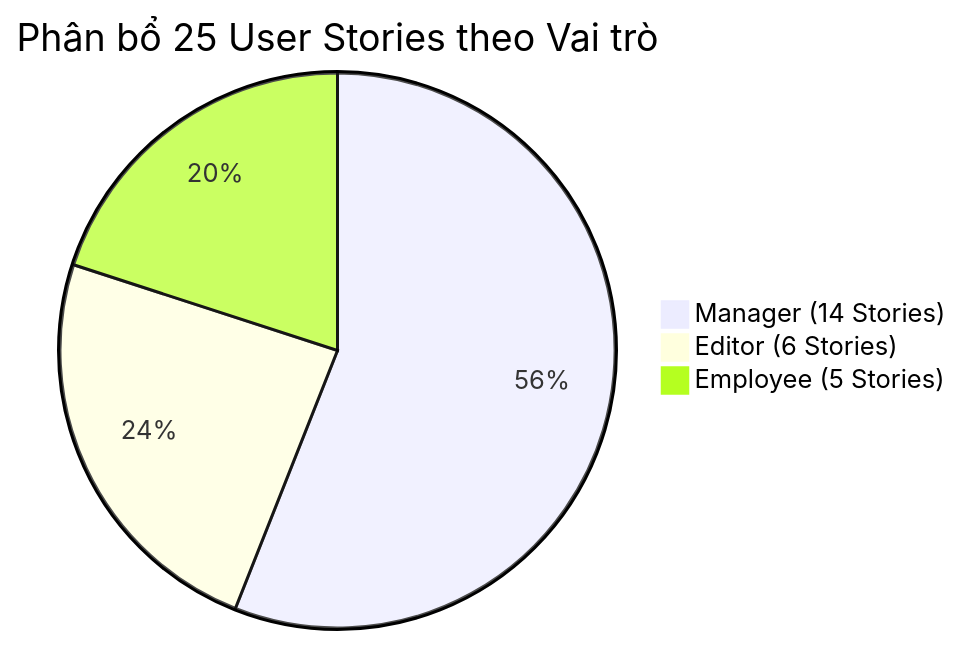
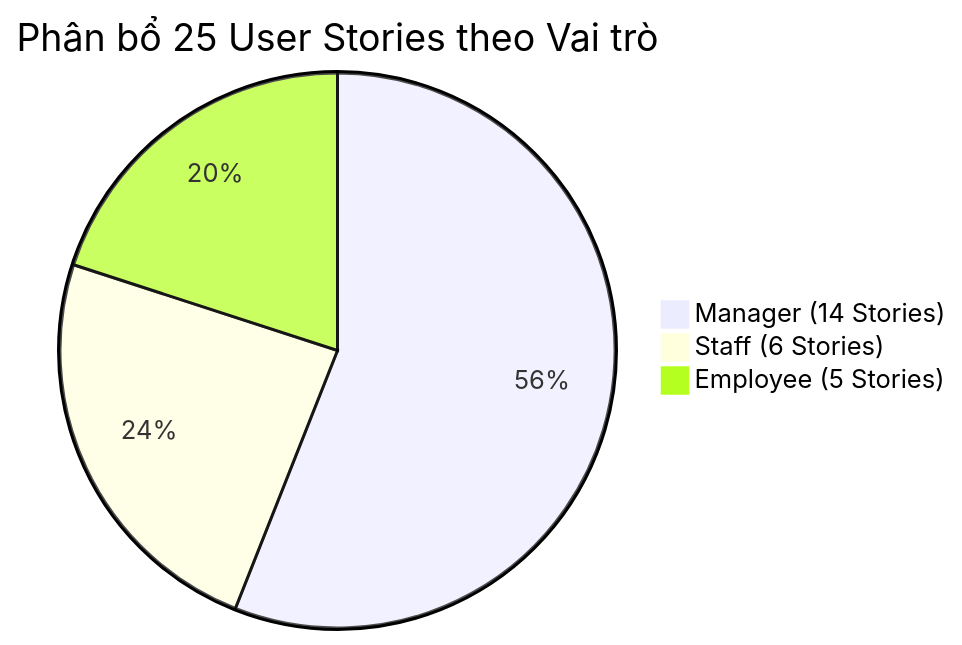
The diagram in docs/03-user-stories.md (cuonglpv/VFast), drawn with Mermaid before and after one commit. The commit also changed other lines of this file and 12 other files, not shown here.

Commit message:
docs: rename the Editor role to Staff across README, docs, diagrams and mind map

````diff
--- a/docs/03-user-stories.md
+++ b/docs/03-user-stories.md
@@ -26,6 +26,6 @@
 ```mermaid
 pie title Phân bổ 25 User Stories theo Vai trò
     "Manager (14 Stories)" : 14
-    "Editor (6 Stories)" : 6
+    "Staff (6 Stories)" : 6
     "Employee (5 Stories)" : 5
 ```
````
